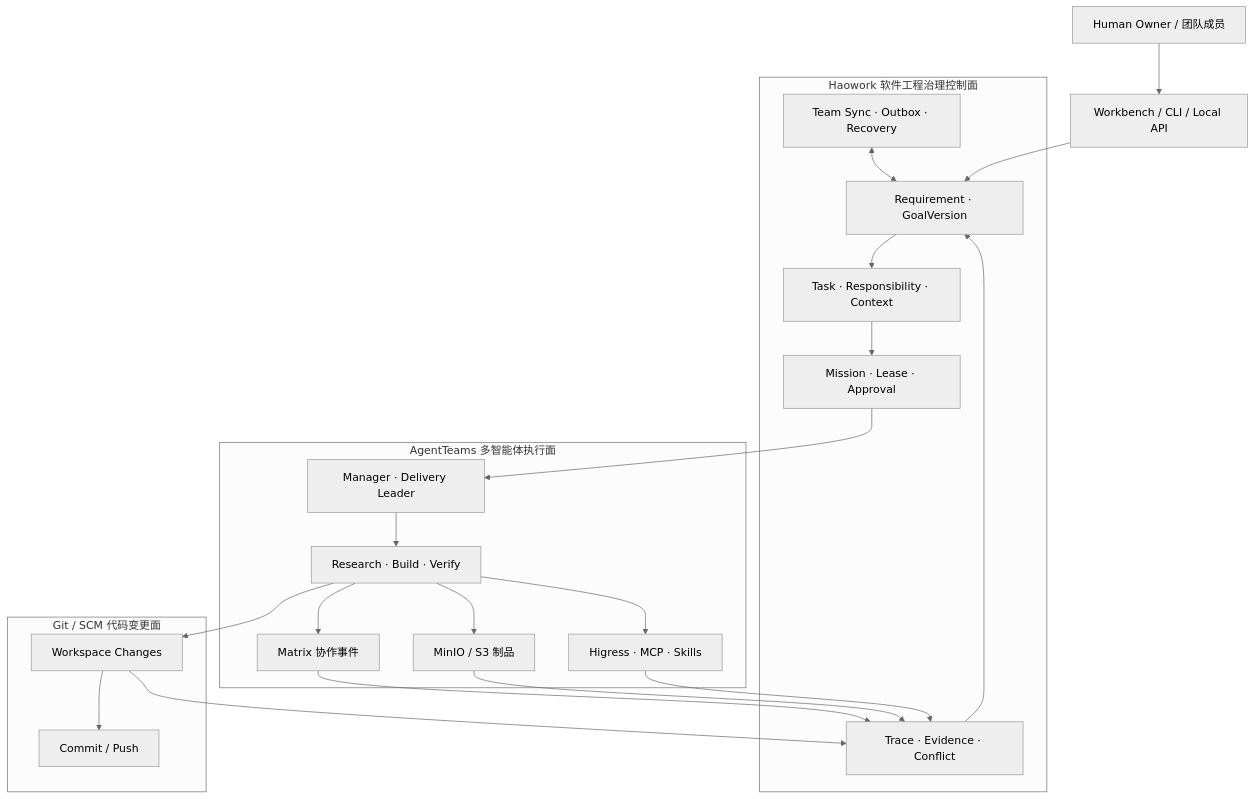
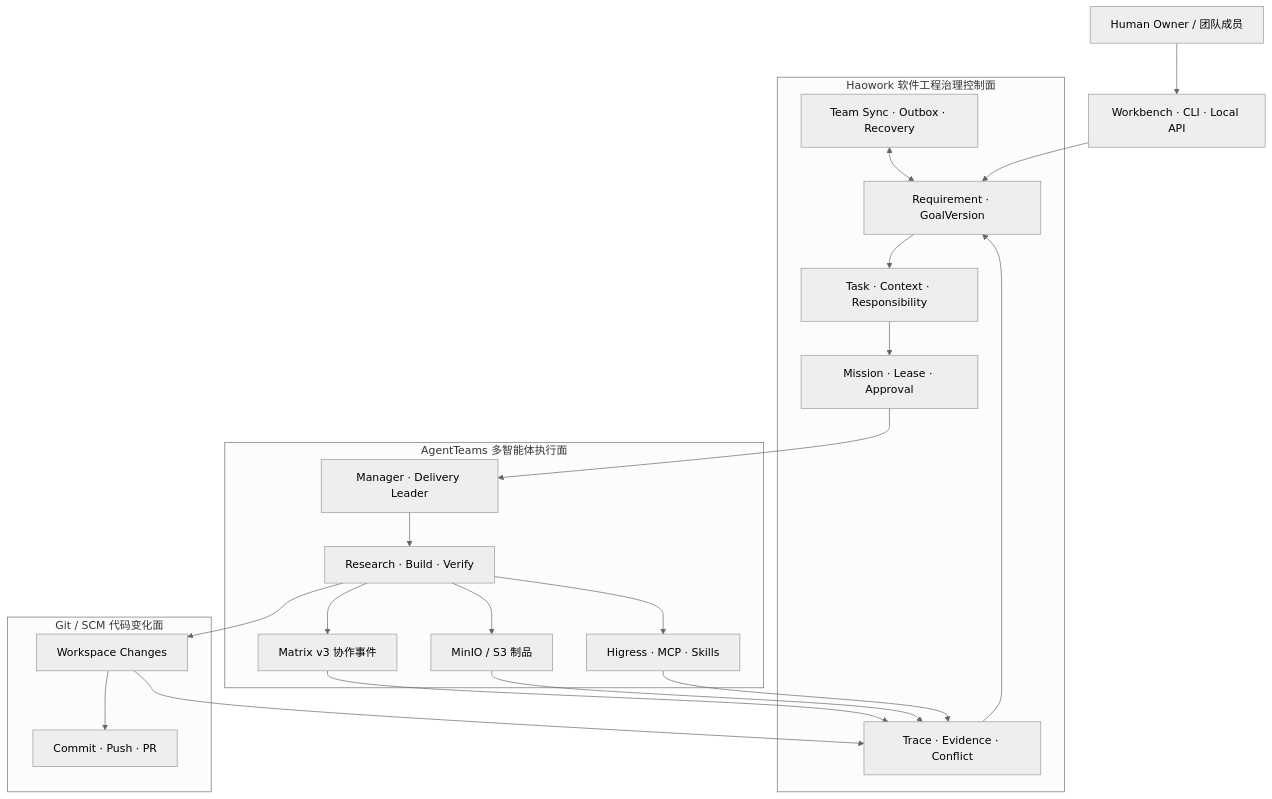
The first of 2 diagrams in README.md (haochase/haowork), drawn with Mermaid (neutral theme) before and after one commit. The commit also changed other lines of this file, not shown here.

````diff
--- a/README.md
+++ b/README.md
@@ -87,41 +125,39 @@
 ```mermaid
 flowchart TB
-    HUMAN["Human Owner / 团队成员"] --> UI["Workbench / CLI / Local API"]
+    HUMAN["Human Owner / 团队成员"] --> UI["Workbench · CLI · Local API"]
 
     subgraph GOV["Haowork 软件工程治理控制面"]
         GOAL["Requirement · GoalVersion"]
-        WORK["Task · Responsibility · Context"]
+        WORK["Task · Context · Responsibility"]
         AUTH["Mission · Lease · Approval"]
         PROOF["Trace · Evidence · Conflict"]
         SYNC["Team Sync · Outbox · Recovery"]
         GOAL --> WORK --> AUTH
         PROOF --> GOAL
         SYNC <--> GOAL
     end
 
     subgraph EXEC["AgentTeams 多智能体执行面"]
         TOPO["Manager · Delivery Leader"]
         AGENTS["Research · Build · Verify"]
-        MATRIX["Matrix 协作事件"]
+        MATRIX["Matrix v3 协作事件"]
         OBJECT["MinIO / S3 制品"]
         TOOLS["Higress · MCP · Skills"]
         TOPO --> AGENTS
         AGENTS --> MATRIX
         AGENTS --> OBJECT
         AGENTS --> TOOLS
     end
 
-    subgraph SCM["Git / SCM 代码变更面"]
-        FILES["Workspace Changes"]
-        COMMITS["Commit / Push"]
-        FILES --> COMMITS
+    subgraph SCM["Git / SCM 代码变化面"]
+        FILES["Workspace Changes"] --> COMMITS["Commit · Push · PR"]
     end
 
     UI --> GOAL
     AUTH --> TOPO
     MATRIX --> PROOF
     OBJECT --> PROOF
     TOOLS --> PROOF
     AGENTS --> FILES
     FILES --> PROOF
 ```
````
